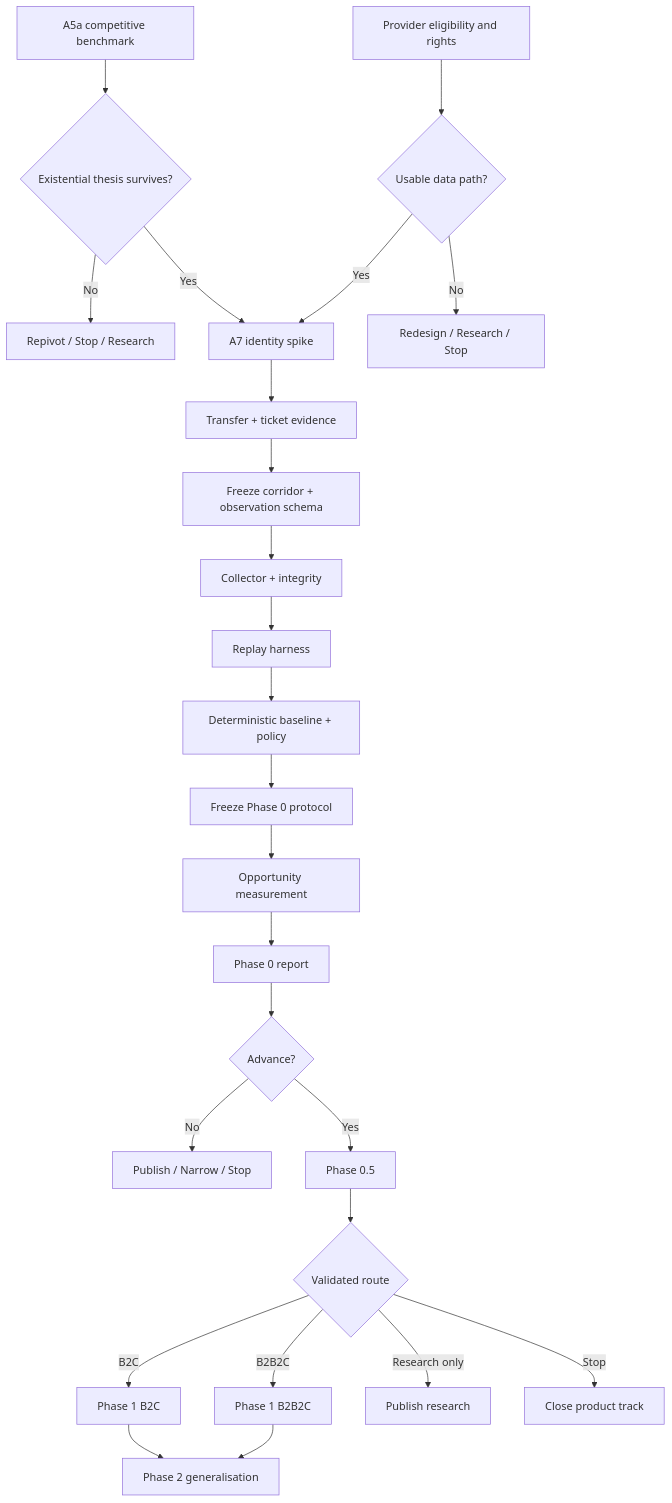
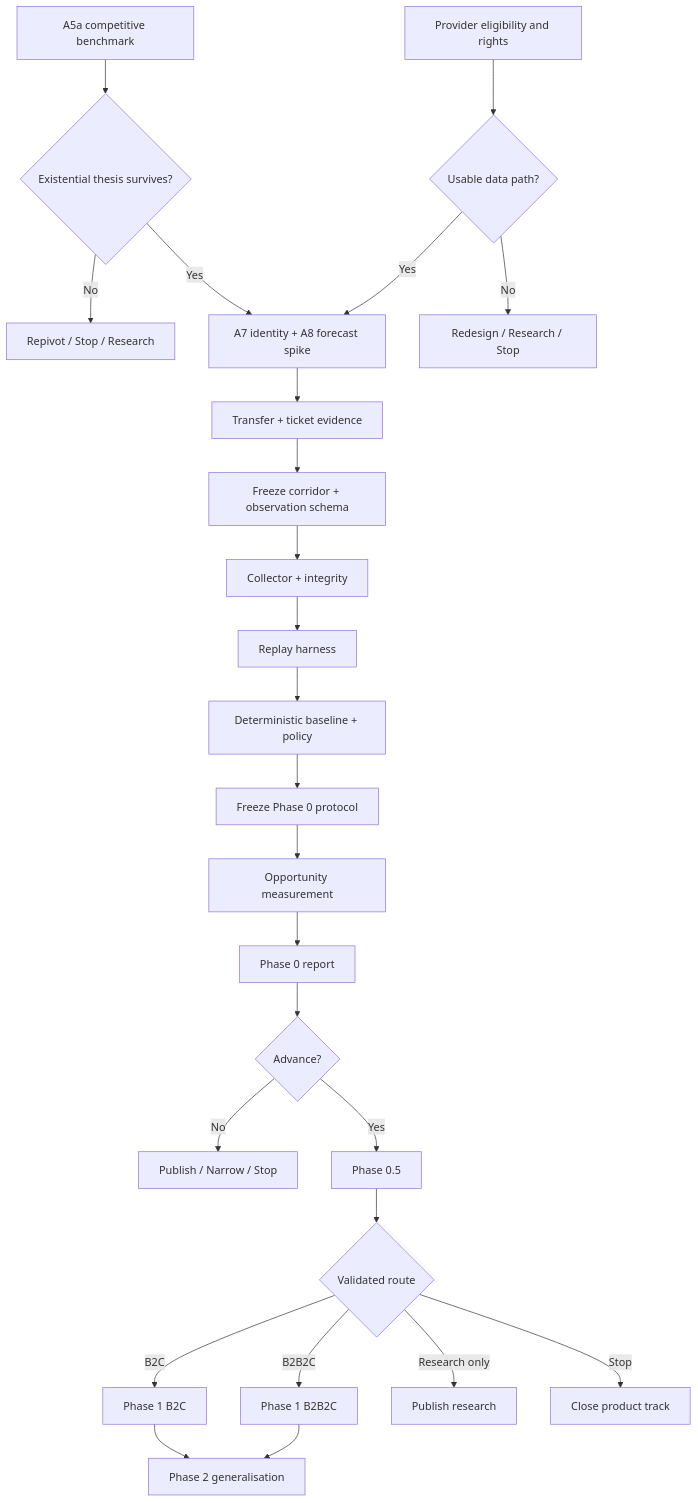
One commit to EngelN9/AnschlussPilot changed the diagram in ROADMAP.md. Above: the diagram before and after it, drawn with Mermaid. The commit also changed other lines of this file and 11 other files, not shown here.

````diff
--- a/ROADMAP.md
+++ b/ROADMAP.md
@@ -879,33 +943,33 @@
 ```mermaid
 flowchart TD
     A[A5a competitive benchmark] --> G{Existential thesis survives?}
     B[Provider eligibility and rights] --> H{Usable data path?}
 
     G -->|No| STOP1[Repivot / Stop / Research]
-    G -->|Yes| C[A7 identity spike]
+    G -->|Yes| C[A7 identity + A8 forecast spike]
 
     H -->|No| STOP2[Redesign / Research / Stop]
     H -->|Yes| C
 
     C --> D[Transfer + ticket evidence]
     D --> E[Freeze corridor + observation schema]
     E --> F[Collector + integrity]
     F --> R[Replay harness]
     R --> P[Deterministic baseline + policy]
     P --> M[Freeze Phase 0 protocol]
     M --> X[Opportunity measurement]
     X --> REPORT[Phase 0 report]
 
     REPORT --> J{Advance?}
     J -->|No| STOP3[Publish / Narrow / Stop]
     J -->|Yes| UX[Phase 0.5]
 
     UX --> ROUTE{Validated route}
     ROUTE -->|B2C| B2C[Phase 1 B2C]
     ROUTE -->|B2B2C| B2B2C[Phase 1 B2B2C]
     ROUTE -->|Research only| STOP4[Publish research]
     ROUTE -->|Stop| STOP5[Close product track]
 
     B2C --> GEN[Phase 2 generalisation]
     B2B2C --> GEN
 ```
````
